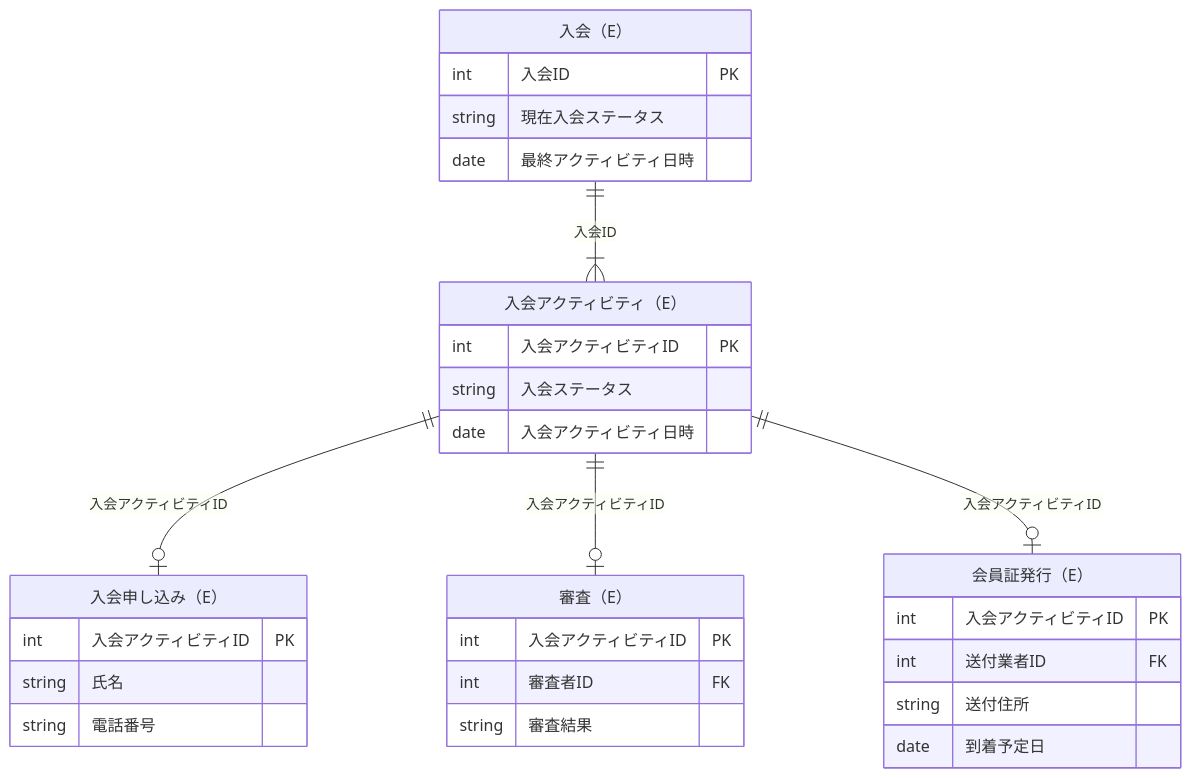
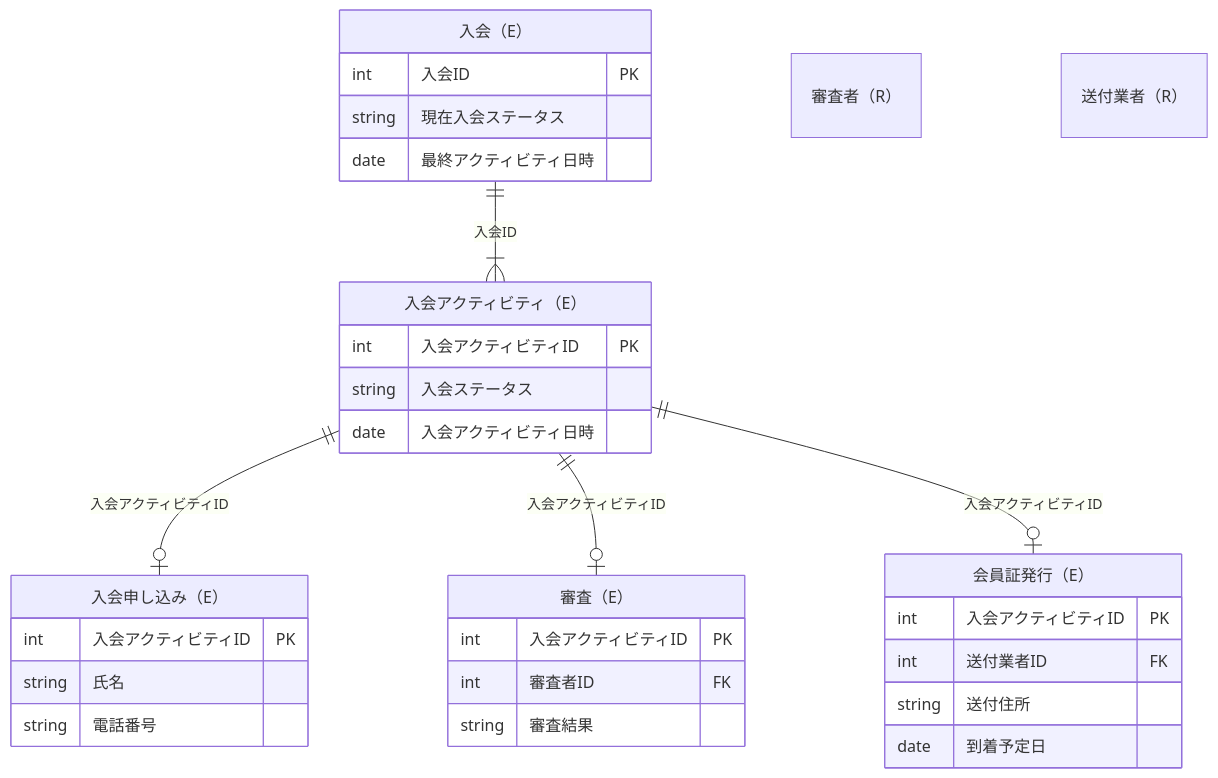
The diagram in sample-immutable-data-model/_modeling-sample2.md (ShinyaYoshimoto/ts-sample), drawn with Mermaid before and after one commit.

Commit message:
docs: イミュータブルデータモデル / モデリングサンプル2

````diff
--- a/sample-immutable-data-model/_modeling-sample2.md
+++ b/sample-immutable-data-model/_modeling-sample2.md
@@ -13,40 +13,43 @@
 ```mermaid
 erDiagram
 
 入会（E） {
   int 入会ID PK
   string 現在入会ステータス
   date 最終アクティビティ日時
 }
 
 入会アクティビティ（E） {
   int 入会アクティビティID PK
   string 入会ステータス
   date 入会アクティビティ日時
 }
 
 入会申し込み（E） {
   int 入会アクティビティID PK
   string 氏名
   string 電話番号
 }
 
 審査（E） {
   int 入会アクティビティID PK
   int 審査者ID FK
   string 審査結果
 }
 
 会員証発行（E）{
   int 入会アクティビティID PK
   int 送付業者ID FK
   string 送付住所
   date 到着予定日
 }
 
+審査者（R） {}
+送付業者（R） {}
+
 %% リレーション定義
 入会（E） ||--|{ 入会アクティビティ（E） : 入会ID
 入会アクティビティ（E） ||--o| 入会申し込み（E） : 入会アクティビティID
 入会アクティビティ（E） ||--o| 審査（E） : 入会アクティビティID
 入会アクティビティ（E） ||--o| 会員証発行（E） : 入会アクティビティID
 ```
````
